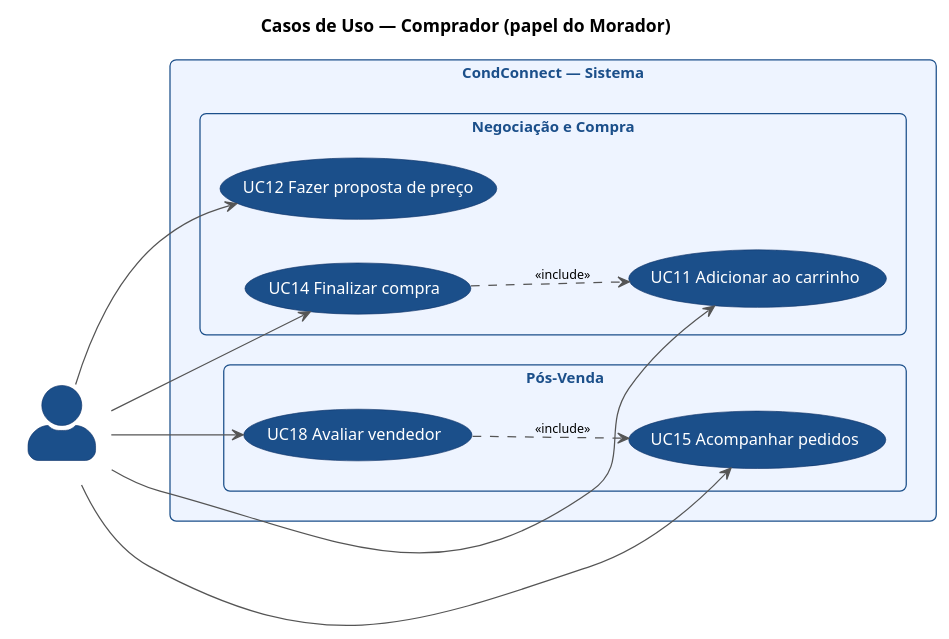
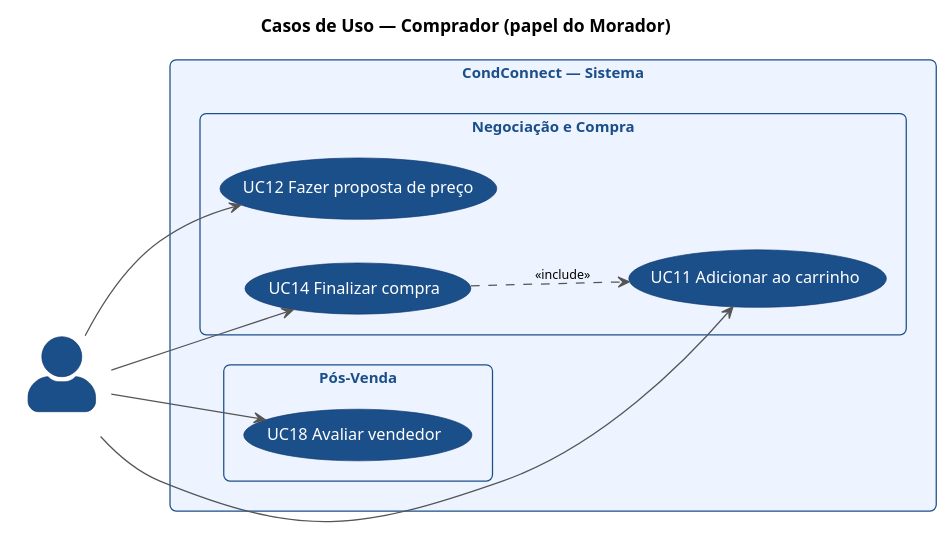
One commit to TCC-CAS/tcc-2025-1-e-2-condconnect changed the diagram in docs/uc_comprador.puml. Above: the diagram before and after it, drawn with PlantUML. The commit also changed 1 other file, not shown here.

Commit message:
fix: remove UC15 dos diagramas de Comprador e Vendedor - pertence ao Morador

```diff
--- a/docs/uc_comprador.puml
+++ b/docs/uc_comprador.puml
@@ -1,60 +1,57 @@
 @startuml UC_Comprador
 
 left to right direction
 skinparam actorStyle awesome
 skinparam backgroundColor #FFFFFF
 skinparam defaultFontName Arial
 
 skinparam usecase {
     BackgroundColor #1B4F8A
     FontColor white
     BorderColor #0D3369
     FontSize 13
     Padding 12
 }
 skinparam actor {
     BackgroundColor #1B4F8A
     FontColor white
     BorderColor #0D3369
     FontSize 14
     FontStyle bold
 }
 skinparam rectangle {
     BackgroundColor #EEF4FF
     BorderColor #1B4F8A
     FontColor #1B4F8A
     FontSize 12
     FontStyle bold
     RoundCorner 10
 }
 skinparam ArrowColor #555555
 skinparam ArrowFontSize 10
 
 title Casos de Uso — Comprador (papel do Morador)
 
 actor "Comprador" as C
 
 rectangle "CondConnect — Sistema" {
 
     rectangle "Negociação e Compra" {
         (UC11 Adicionar ao carrinho) as UC11
         (UC12 Fazer proposta de preço) as UC12
         (UC14 Finalizar compra) as UC14
     }
 
     rectangle "Pós-Venda" {
-        (UC15 Acompanhar pedidos) as UC15
         (UC18 Avaliar vendedor) as UC18
     }
 }
 
 C --> UC11
 C --> UC12
 C --> UC14
-C --> UC15
 C --> UC18
 
 UC14 ..> UC11 : <<include>>
-UC18 ..> UC15 : <<include>>
 
 @enduml
```
